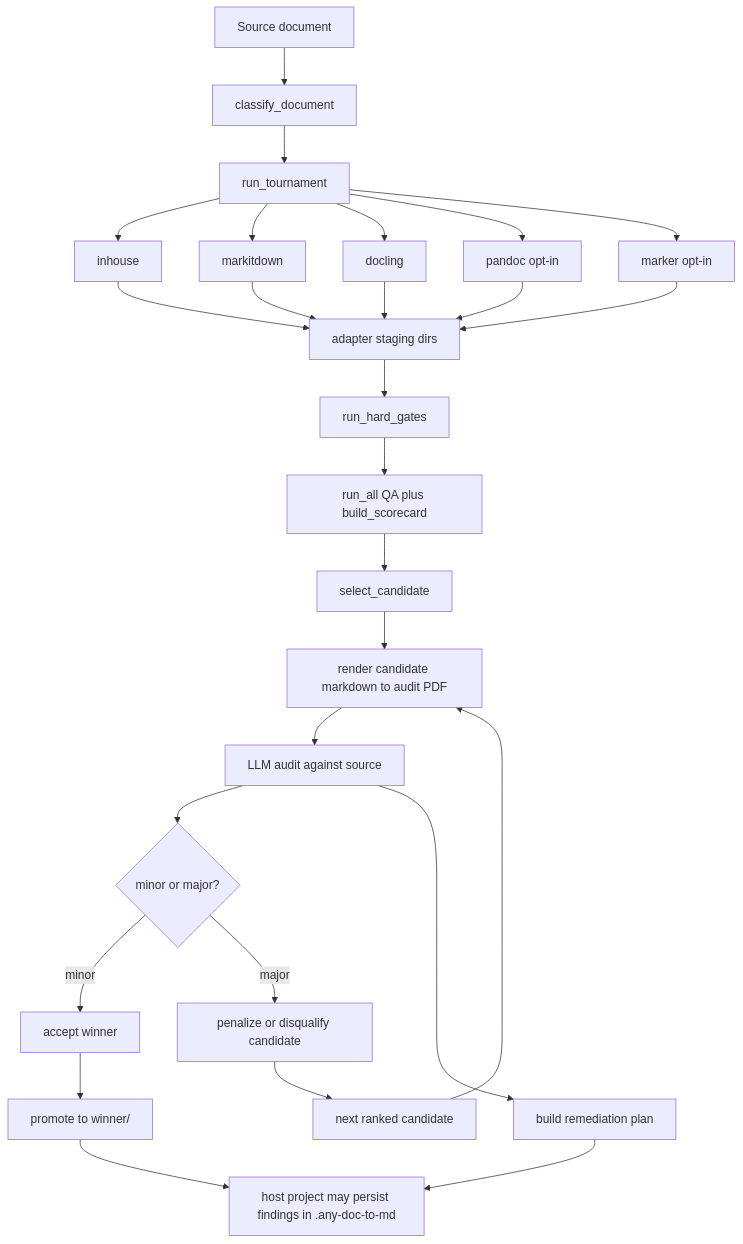
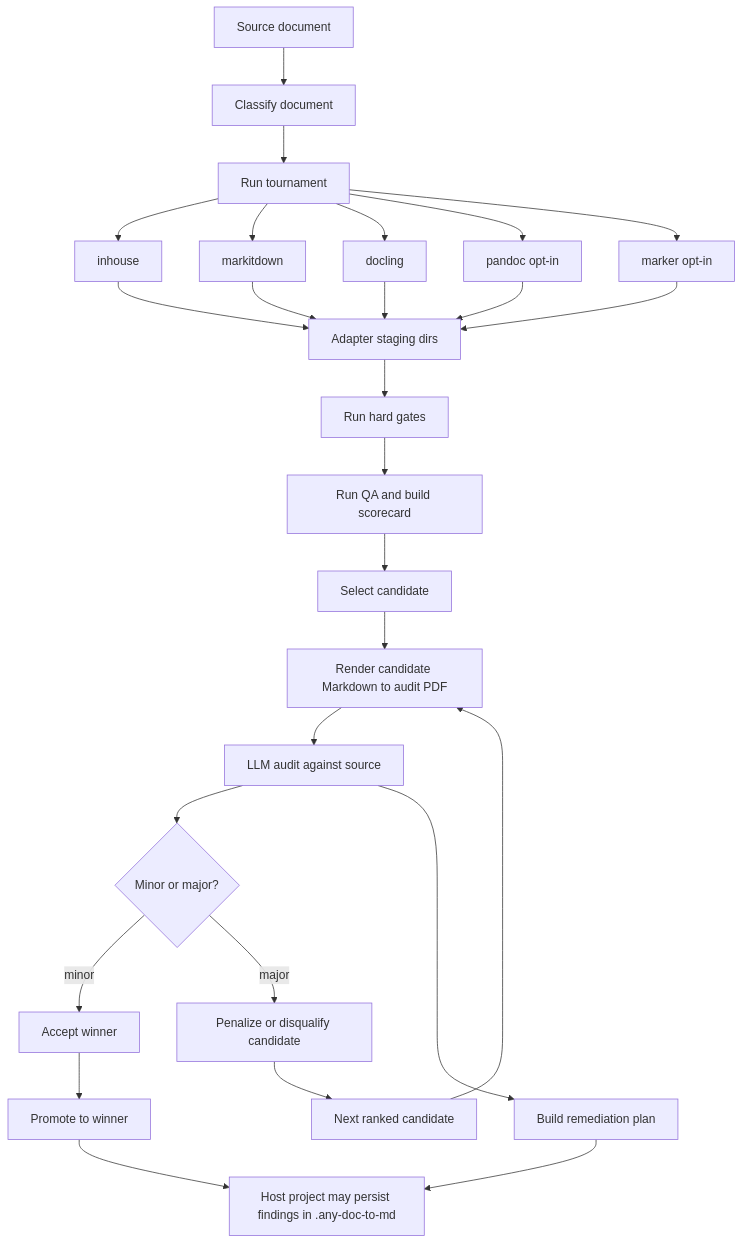
The diagram in README.md (Agent-Cognitive-Enterprise/any-doc-to-md), drawn with Mermaid before and after one commit.

Commit message:
Normalize ADTM README Mermaid labels to spaces-only prose

````diff
--- a/README.md
+++ b/README.md
@@ -47,29 +47,29 @@
 ```mermaid
 flowchart TD
-    A[Source document] --> B[classify_document]
-    B --> C[run_tournament]
+    A[Source document] --> B[Classify document]
+    B --> C[Run tournament]
     C --> C1[inhouse]
     C --> C2[markitdown]
     C --> C3[docling]
     C --> C4[pandoc opt-in]
     C --> C5[marker opt-in]
-    C1 --> D[adapter staging dirs]
+    C1 --> D[Adapter staging dirs]
     C2 --> D
     C3 --> D
     C4 --> D
     C5 --> D
-    D --> E[run_hard_gates]
-    E --> F[run_all QA plus build_scorecard]
-    F --> G[select_candidate]
-    G --> H[render candidate markdown to audit PDF]
+    D --> E[Run hard gates]
+    E --> F[Run QA and build scorecard]
+    F --> G[Select candidate]
+    G --> H[Render candidate Markdown to audit PDF]
     H --> I[LLM audit against source]
-    I --> J{minor or major?}
-    J -- minor --> K[accept winner]
-    J -- major --> L[penalize or disqualify candidate]
-    L --> M[next ranked candidate]
+    I --> J{Minor or major?}
+    J -- minor --> K[Accept winner]
+    J -- major --> L[Penalize or disqualify candidate]
+    L --> M[Next ranked candidate]
     M --> H
-    K --> N[promote to winner/]
-    N --> O[host project may persist findings in .any-doc-to-md]
-    I --> P[build remediation plan]
+    K --> N[Promote to winner]
+    N --> O[Host project may persist findings in .any-doc-to-md]
+    I --> P[Build remediation plan]
     P --> O
 ```
````
